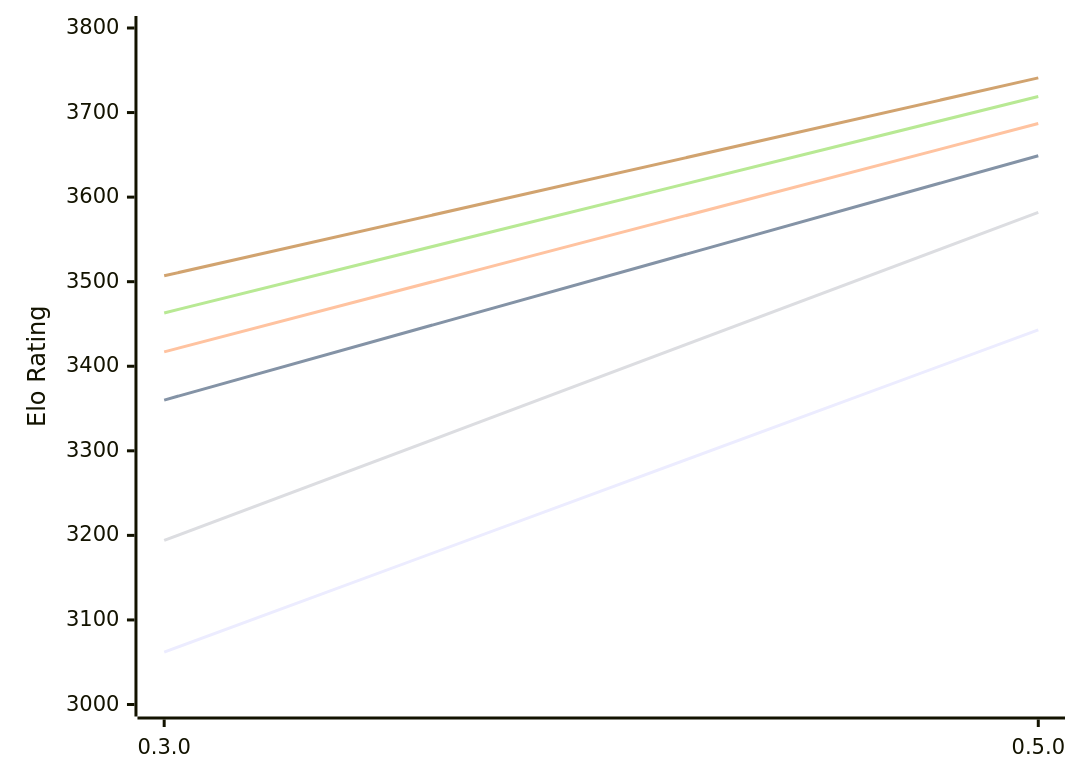
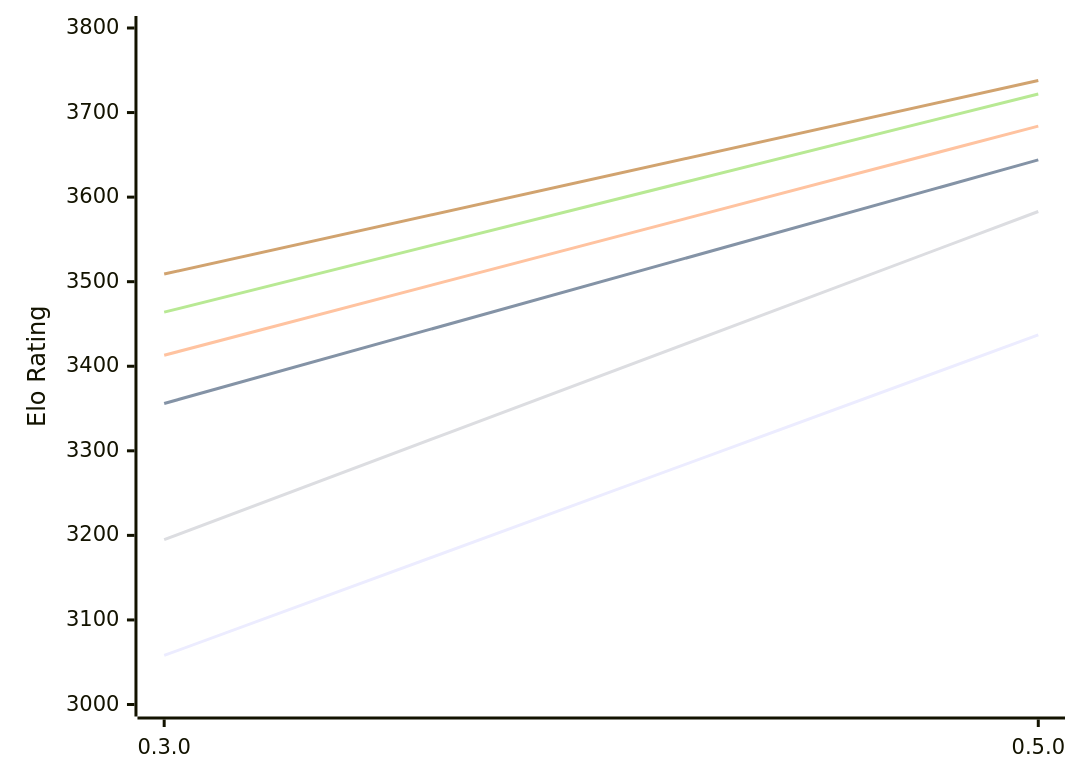
The first of 2 diagrams in engines/Justbot.md (computer-chess-index/cci), drawn with Mermaid before and after one commit. The commit also changed other lines of this file, not shown here.

Commit message:
Update CCI Ratings (ELO VLTC) - 2026-11-09

````diff
--- a/engines/Justbot.md
+++ b/engines/Justbot.md
@@ -53,12 +53,12 @@
 ```mermaid
 %%{init: {"theme":"base","themeVariables":{"seriesColors:['#a3a3a3','#222221','#faa371']}}}%%
 xychart-beta
   x-axis ["0.3.0", "0.5.0"]
   y-axis "Elo Rating" 3000 --> 3800
-  line "E1: STC (8.0+0.08s)" [3062, 3443]
-  line "E1: LTC (60.0+0.60s)" [3360, 3649]
-  line "E1: VLTC (2m24s+1.12s)" [3417, 3687]
-  line "P1: STC (8.0+0.08s)" [3194, 3582]
-  line "P1: LTC (60.0+0.60s)" [3463, 3719]
-  line "P1: VLTC (2m24s+1.12s)" [3507, 3741]
+  line "E1: STC (8.0+0.08s)" [3058, 3437]
+  line "E1: LTC (60.0+0.60s)" [3356, 3644]
+  line "E1: VLTC (2m24s+1.12s)" [3413, 3684]
+  line "P1: STC (8.0+0.08s)" [3195, 3583]
+  line "P1: LTC (60.0+0.60s)" [3464, 3722]
+  line "P1: VLTC (2m24s+1.12s)" [3509, 3738]
 ```
````
